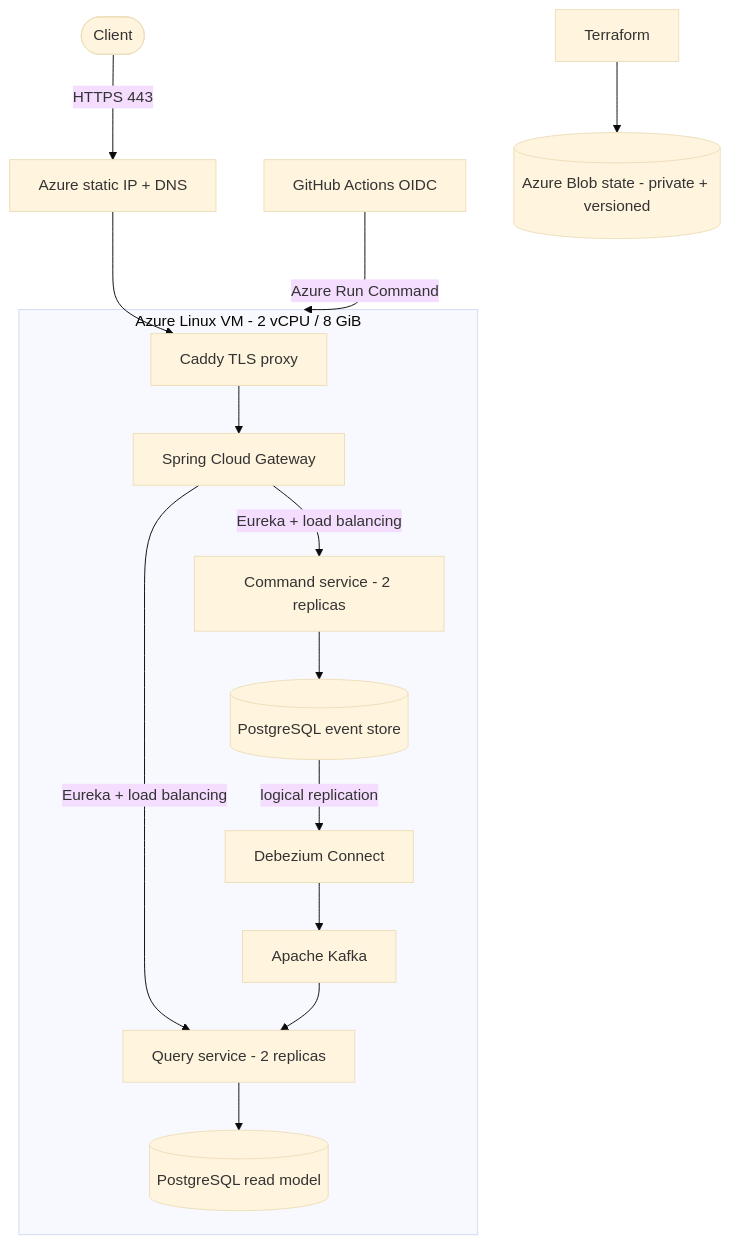
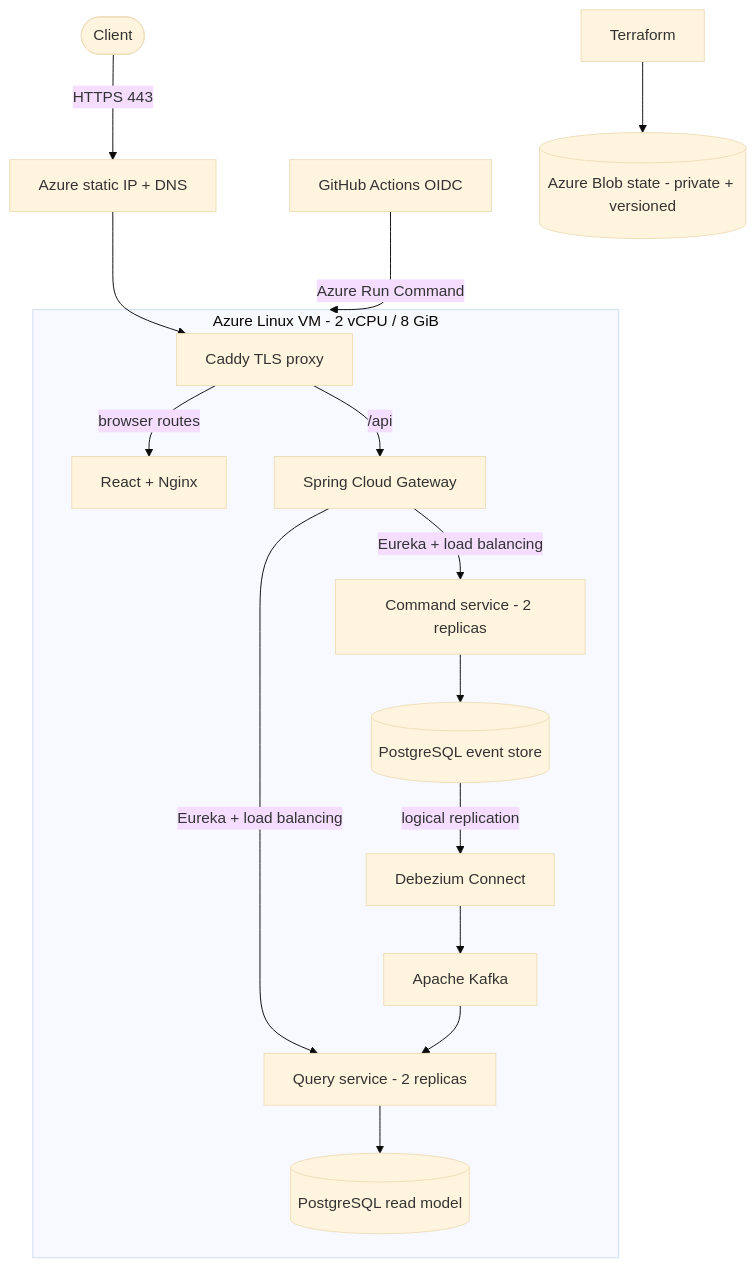
Before and after one commit to karacsonybarni/event-sourced-cqrs-microservices: the diagram in docs/azure-deployment.md, drawn with Mermaid (base theme). The commit also changed other lines of this file and 29 other files, not shown here.

````diff
--- a/docs/azure-deployment.md
+++ b/docs/azure-deployment.md
@@ -17,19 +17,20 @@
 ```mermaid
 flowchart TB
     Internet([Client]) -->|HTTPS 443| IP[Azure static IP + DNS]
     IP --> Caddy[Caddy TLS proxy]
 
     subgraph VM[Azure Linux VM - 2 vCPU / 8 GiB]
-        Caddy --> Gateway[Spring Cloud Gateway]
+        Caddy -->|browser routes| Frontend[React + Nginx]
+        Caddy -->|/api| Gateway[Spring Cloud Gateway]
         Gateway -->|Eureka + load balancing| Command[Command service - 2 replicas]
         Gateway -->|Eureka + load balancing| Query[Query service - 2 replicas]
         Command --> EventStore[(PostgreSQL event store)]
         EventStore -->|logical replication| Debezium[Debezium Connect]
         Debezium --> Kafka[Apache Kafka]
         Kafka --> Query
         Query --> QueryDB[(PostgreSQL read model)]
     end
 
     GitHub[GitHub Actions OIDC] -->|Azure Run Command| VM
     Terraform[Terraform] --> State[(Azure Blob state - private + versioned)]
 ```
````
